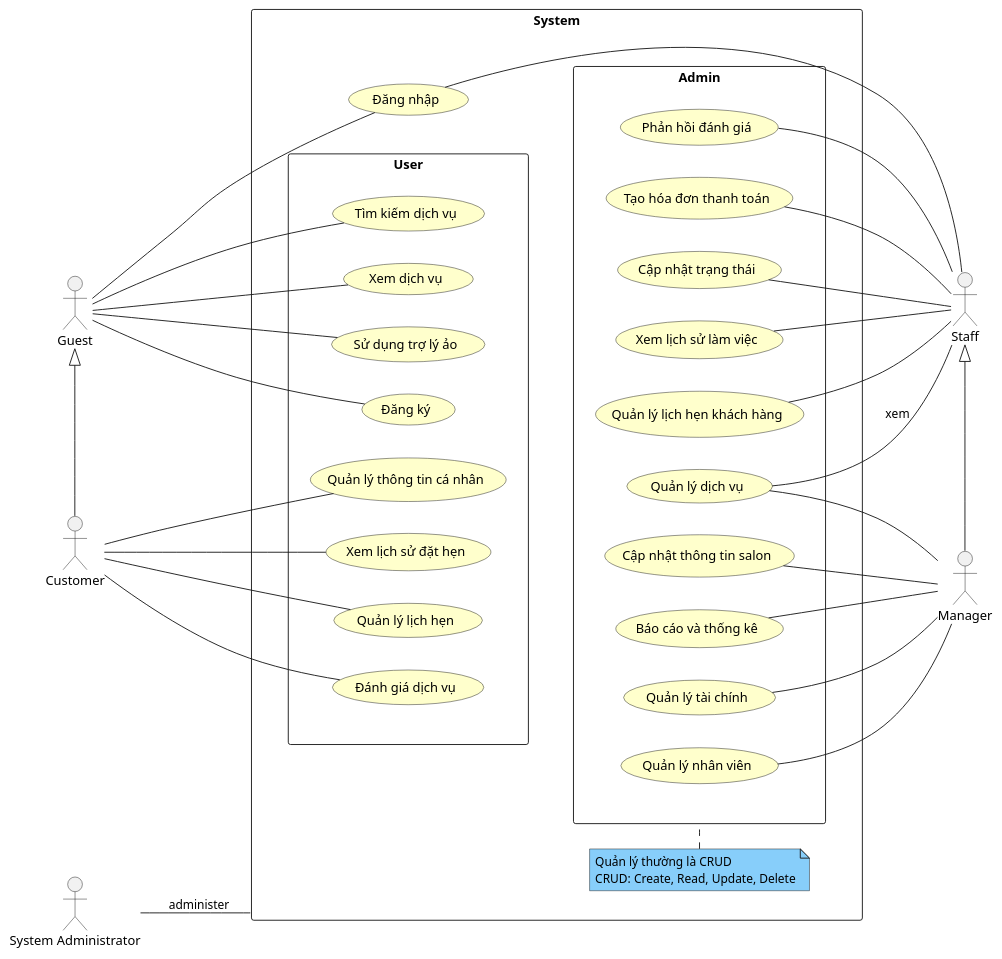
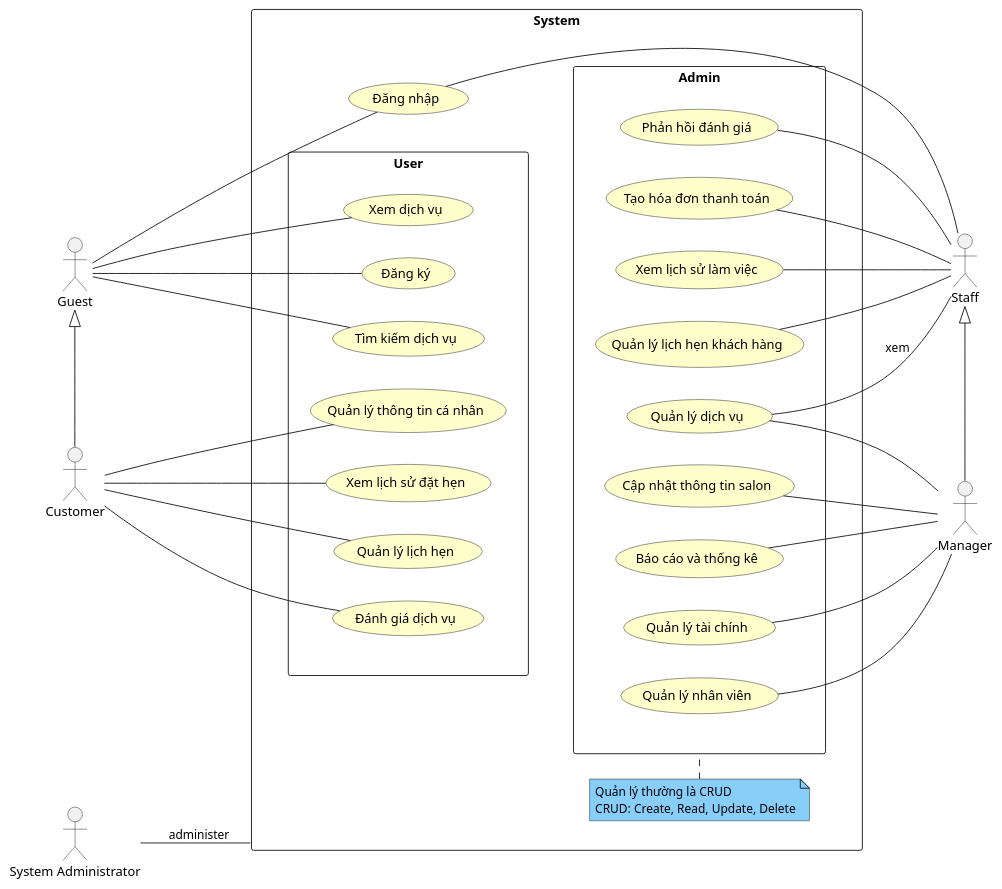
One commit to tozydev/virgo-14 changed the second of 8 diagrams in docs/software-specs.md. Above: the diagram before and after it, drawn with PlantUML. The commit also changed other lines of this file, not shown here.

````diff
--- a/docs/software-specs.md
+++ b/docs/software-specs.md
@@ -141,81 +142,78 @@
-```{.plantuml caption="Biểu đồ use case tổng quan"}
+```plantuml
+'| fig-cap: Biểu đồ use case tổng quan
 @startuml
 skinparam usecase {
   BackgroundColor BUSINESS
 }
 
 skinparam note {
   BackgroundColor LightSkyBlue
 }
 
 left to right direction
 
 actor Guest as G
 actor Customer as C
 actor Staff as S
 actor Manager as M
 actor "System Administrator" as AD
 
 G <|-r- C
 S <|-r- M
 
 rectangle "System" as SS {
   note "Quản lý thường là CRUD\nCRUD: Create, Read, Update, Delete" as N2
 
   usecase "Đăng nhập" as UC5
   rectangle "User" as F {
     usecase "Tìm kiếm dịch vụ" as UC1
     usecase "Xem dịch vụ" as UC2
-    usecase "Sử dụng trợ lý ảo" as UC3
     usecase "Đăng ký" as UC4
     usecase "Quản lý lịch hẹn" as UC6
     usecase "Đánh giá dịch vụ" as UC7
     usecase "Quản lý thông tin cá nhân" as UC8
     usecase "Xem lịch sử đặt hẹn" as UC20
   }
 
   rectangle "Admin" as B {
     usecase "Quản lý lịch hẹn khách hàng" as UC9
     usecase "Xem lịch sử làm việc" as UC10
-    usecase "Cập nhật trạng thái" as UC11
     usecase "Tạo hóa đơn thanh toán" as UC12
     usecase "Phản hồi đánh giá" as UC13
     usecase "Quản lý dịch vụ" as UC14
     usecase "Quản lý nhân viên" as UC15
     usecase "Quản lý tài chính" as UC16
     usecase "Báo cáo và thống kê" as UC17
     usecase "Cập nhật thông tin salon" as UC18
   }
 }
 
 F -[hidden]- B
 N2 .r. B
 
 G -d- UC1
 G -d- UC2
-G -d- UC3
 G -d- UC4
 G -d- UC5
 
 C -d- UC6
 C -d- UC7
 C -d- UC8
 C -d- UC20
 
 S -u- UC5
 S -u- UC9
 S -u- UC10
-S -u- UC11
 S -u- UC12
 S -u- UC13
 S -u- UC14 : xem
 
 M -u- UC14
 M -u- UC15
 M -u- UC16
 M -u- UC17
 M -u- UC18
 
 AD -- SS : administer
 @enduml
 ```
````
